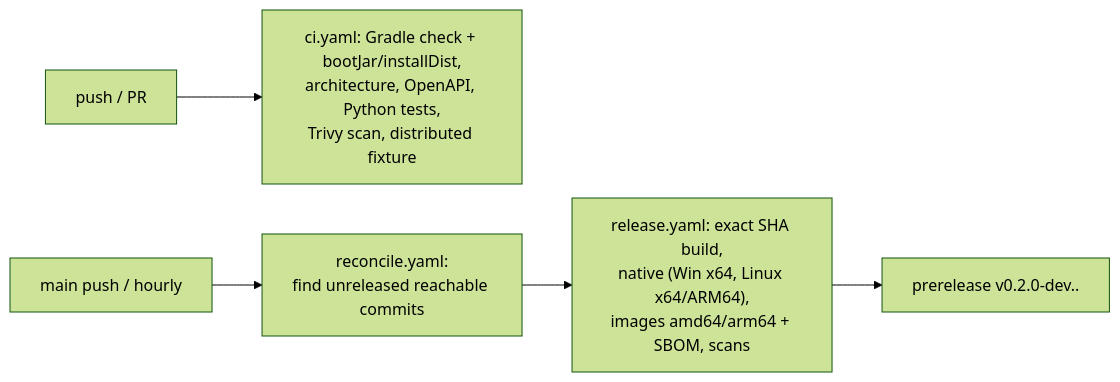
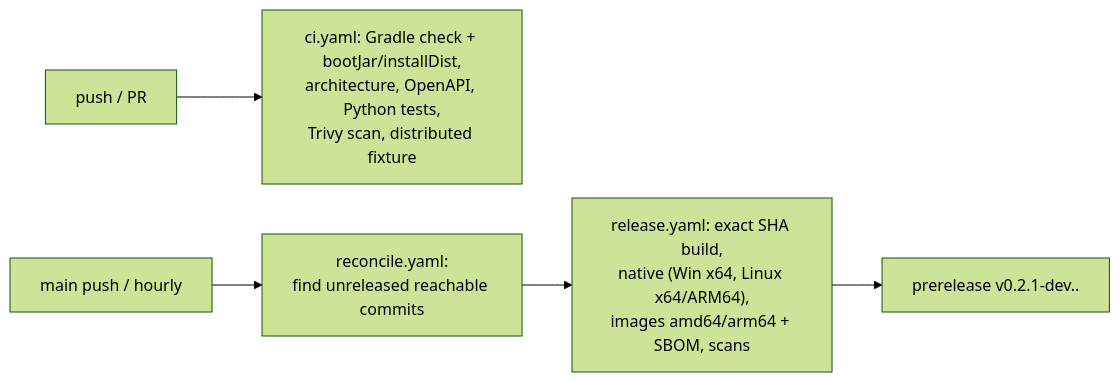
One commit to athegreat90/minecraft-modsync changed diagram 12 of 12 in docs/GUIDE.md. Above: the diagram before and after it, drawn with Mermaid (forest theme). The commit also changed 17 other files, not shown here.

````diff
--- a/docs/GUIDE.md
+++ b/docs/GUIDE.md
@@ -384,7 +384,7 @@
 ```mermaid
 flowchart LR
   PR[push / PR] --> CI["ci.yaml: Gradle check + bootJar/installDist,\narchitecture, OpenAPI, Python tests,\nTrivy scan, distributed fixture"]
   main[main push / hourly] --> REC["reconcile.yaml:\nfind unreleased reachable commits"]
   REC --> REL["release.yaml: exact SHA build,\nnative (Win x64, Linux x64/ARM64),\nimages amd64/arm64 + SBOM, scans"]
-  REL --> PRE["prerelease v0.2.0-dev.<time>.<sha>"]
+  REL --> PRE["prerelease v0.2.1-dev.<time>.<sha>"]
 ```
````
